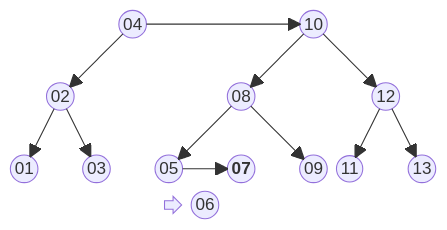
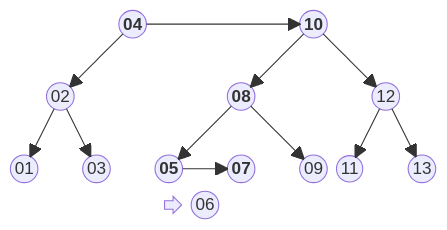
The fifth of 9 diagrams in Assuntos/arvore-aa.md (BenhurUFSM/l226b), drawn with Mermaid before and after one commit. The commit also changed other lines of this file, not shown here.

````diff
--- a/Assuntos/arvore-aa.md
+++ b/Assuntos/arvore-aa.md
@@ -181,21 +181,21 @@
 ```mermaid
 block
 columns 12
-space:3 r(("04")) space:4 d(("10")) space:3
+space:3 r(("<b>04</b>")) space:4 d(("<b>10</b>")) space:3
 space:12
-space e(("02")) space:4 de(("08")) space:3 dd(("12")) space
+space e(("02")) space:4 de(("<b>08</b>")) space:3 dd(("12")) space
 space:12
-ee(("01")) space ed(("03")) space dee(("05")) space deed(("<b>07</b>")) space ded(("09")) dde(("11")) space ddd(("13"))
+ee(("01")) space ed(("03")) space dee(("<b>05</b>")) space deed(("<b>07</b>")) space ded(("09")) dde(("11")) space ddd(("13"))
 space:4 f<[" "]>(right) deede(("06")) space:6
 r-->e
 r-->d
 e-->ee
 e-->ed
 d-->de
 d-->dd
 de-->dee
 de-->ded
 dee-->deed
 dd-->dde
 dd-->ddd
 ```
````
